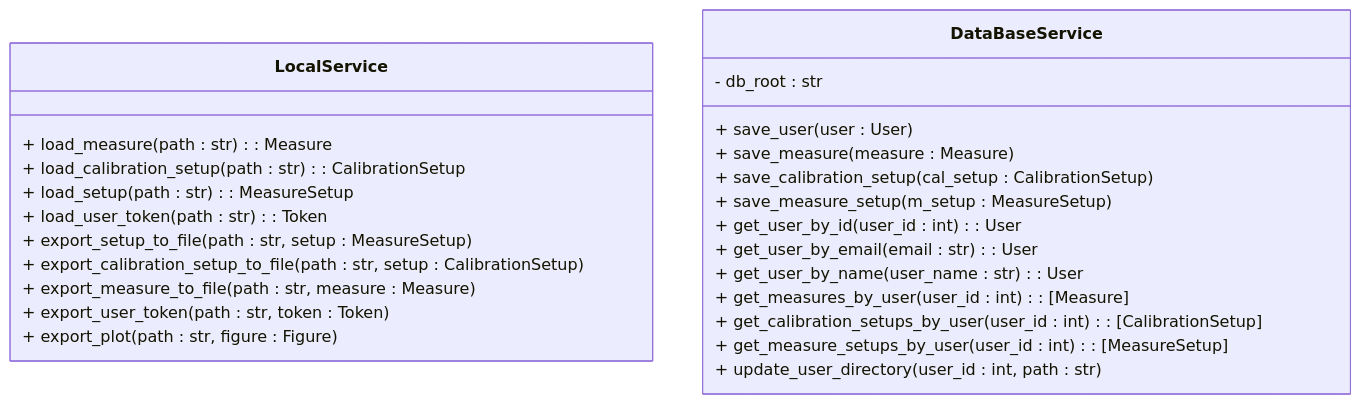
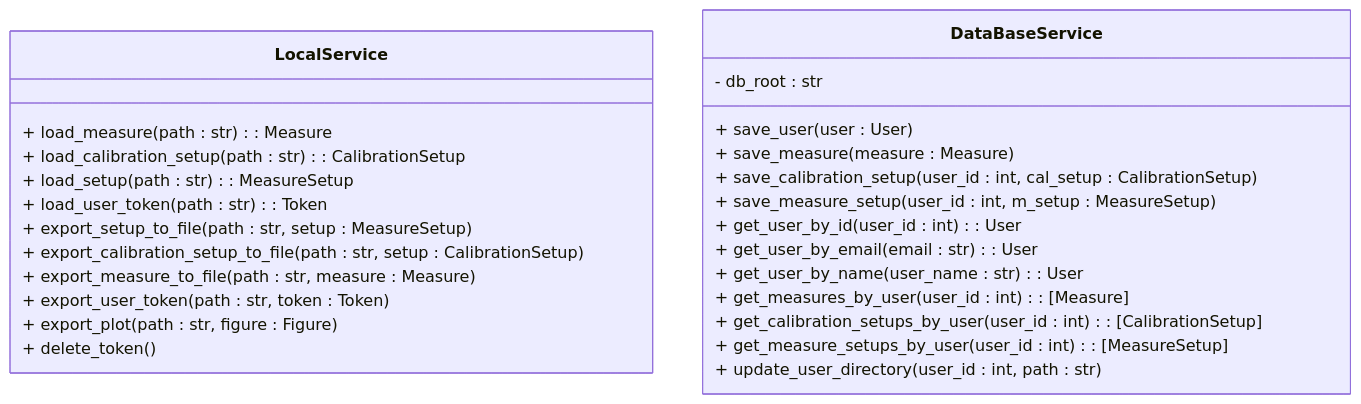
Before and after one commit to alegrelias/Repo-GMini: the tenth of 15 diagrams in Gmini-MarkDown/Diagramas/Diagramas de Clases.md, drawn with Mermaid. The commit also changed other lines of this file, not shown here.

````diff
--- a/Gmini-MarkDown/Diagramas/Diagramas de Clases.md
+++ b/Gmini-MarkDown/Diagramas/Diagramas de Clases.md
@@ -772,33 +773,34 @@
 ```mermaid
 classDiagram
 
 %% persistencia
 class LocalService{
 	%% operaciones en archivos
 	+ load_measure(path : str) : Measure
 	+ load_calibration_setup(path : str) : CalibrationSetup
 	+ load_setup(path : str) : MeasureSetup
 	+ load_user_token(path : str) : Token
 	+ export_setup_to_file(path : str, setup : MeasureSetup)
 	+ export_calibration_setup_to_file(path : str, setup : CalibrationSetup)
 	+ export_measure_to_file(path : str, measure : Measure)
 	+ export_user_token(path : str, token : Token)
 	+ export_plot(path : str, figure : Figure)
+	+ delete_token()	
 }
 class DataBaseService{
 	- db_root : str
 	%% operaciones en db
 	+ save_user(user : User)
 	+ save_measure(measure : Measure)
-	+ save_calibration_setup(cal_setup : CalibrationSetup)
-	+ save_measure_setup(m_setup : MeasureSetup)
+	+ save_calibration_setup(user_id : int, cal_setup : CalibrationSetup)
+	+ save_measure_setup(user_id : int, m_setup : MeasureSetup)
 	+ get_user_by_id(user_id : int): User
 	+ get_user_by_email(email : str): User
 	+ get_user_by_name(user_name : str): User 
 	+ get_measures_by_user(user_id : int) : [Measure]
 	+ get_calibration_setups_by_user(user_id : int) : [CalibrationSetup]
 	+ get_measure_setups_by_user(user_id : int) : [MeasureSetup]
 	+ update_user_directory(user_id : int, path : str) 
 }
 
 ```
````
